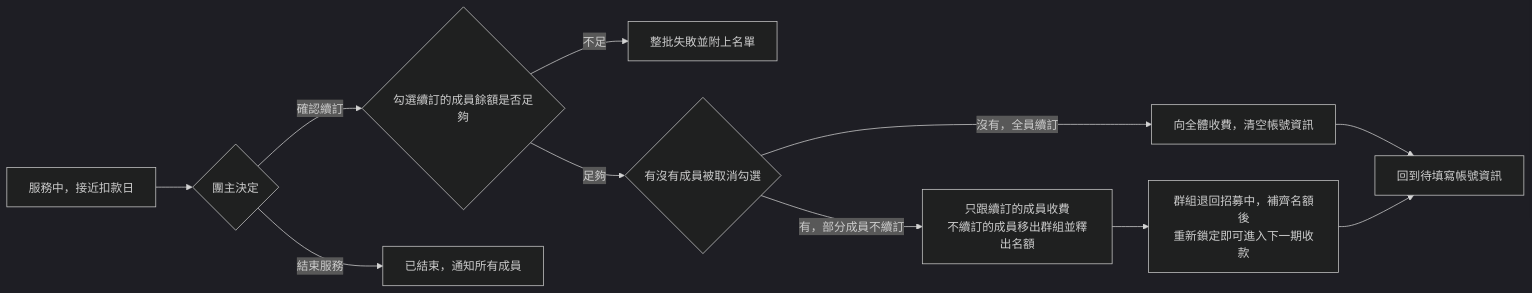
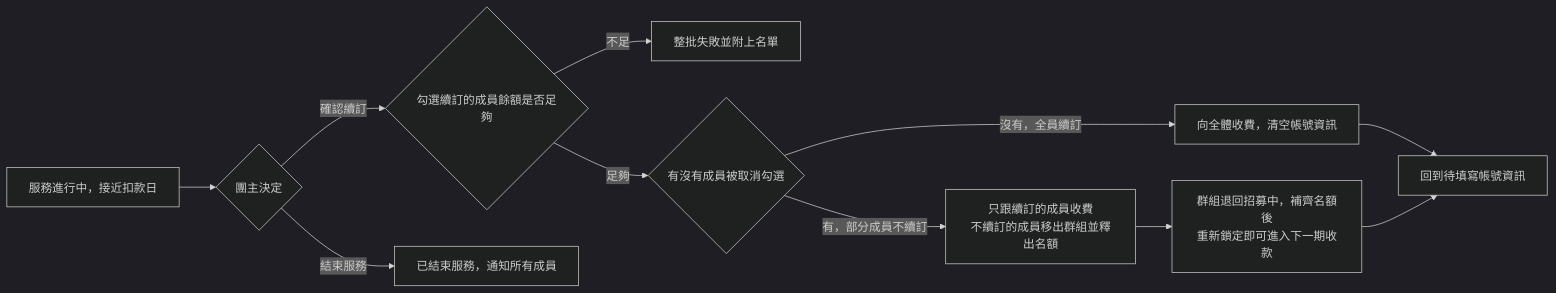
Before and after one commit to AndyChia0309/PartyMatch: the diagram in docs/flows/renewal-flow.md, drawn with Mermaid (dark theme). The commit also changed other lines of this file and 45 other files, not shown here.

````diff
--- a/docs/flows/renewal-flow.md
+++ b/docs/flows/renewal-flow.md
@@ -8,13 +8,13 @@
 ```mermaid
 flowchart LR
-  A[服務中，接近扣款日] --> B{團主決定}
+  A[服務進行中，接近扣款日] --> B{團主決定}
   B -->|確認續訂| C{勾選續訂的成員餘額是否足夠}
   C -->|不足| D[整批失敗並附上名單]
   C -->|足夠| E{有沒有成員被取消勾選}
   E -->|沒有，全員續訂| F[向全體收費，清空帳號資訊]
   F --> G[回到待填寫帳號資訊]
   E -->|有，部分成員不續訂| H[只跟續訂的成員收費\n不續訂的成員移出群組並釋出名額]
   H --> I[群組退回招募中，補齊名額後\n重新鎖定即可進入下一期收款]
   I --> G
-  B -->|結束服務| J[已結束，通知所有成員]
+  B -->|結束服務| J[已結束服務，通知所有成員]
 ```
````
